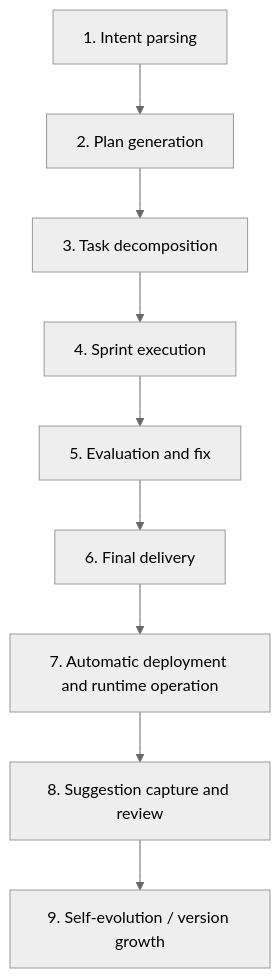
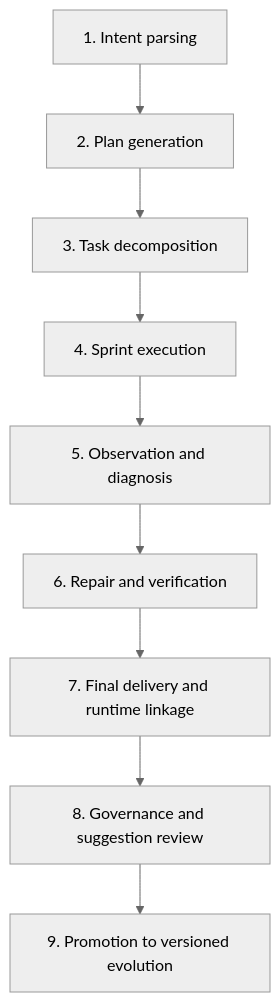
One commit to sprintcycle/sprintcycle changed the third of 4 diagrams in docs/SYSTEM_OVERVIEW.md. Above: the diagram before and after it, drawn with Mermaid (neutral theme). The commit also changed other lines of this file and 11 other files, not shown here.

````diff
--- a/docs/SYSTEM_OVERVIEW.md
+++ b/docs/SYSTEM_OVERVIEW.md
@@ -77,11 +79,11 @@
 ```mermaid
 flowchart TD
   A[1. Intent parsing] --> B[2. Plan generation]
   B --> C[3. Task decomposition]
   C --> D[4. Sprint execution]
-  D --> E[5. Evaluation and fix]
-  E --> F[6. Final delivery]
-  F --> G[7. Automatic deployment and runtime operation]
-  G --> H[8. Suggestion capture and review]
-  H --> I[9. Self-evolution / version growth]
+  D --> E[5. Observation and diagnosis]
+  E --> F[6. Repair and verification]
+  F --> G[7. Final delivery and runtime linkage]
+  G --> H[8. Governance and suggestion review]
+  H --> I[9. Promotion to versioned evolution]
 ```
````
